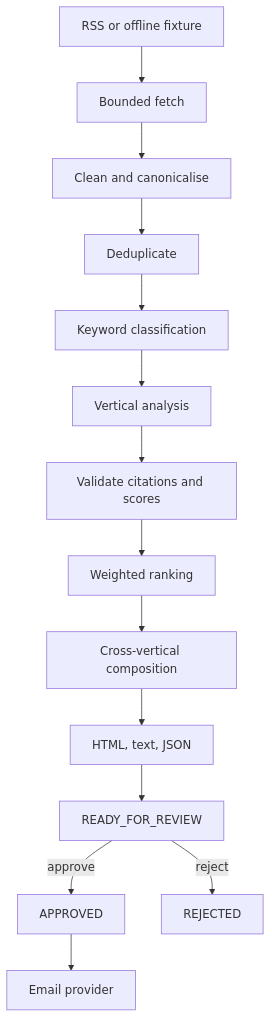
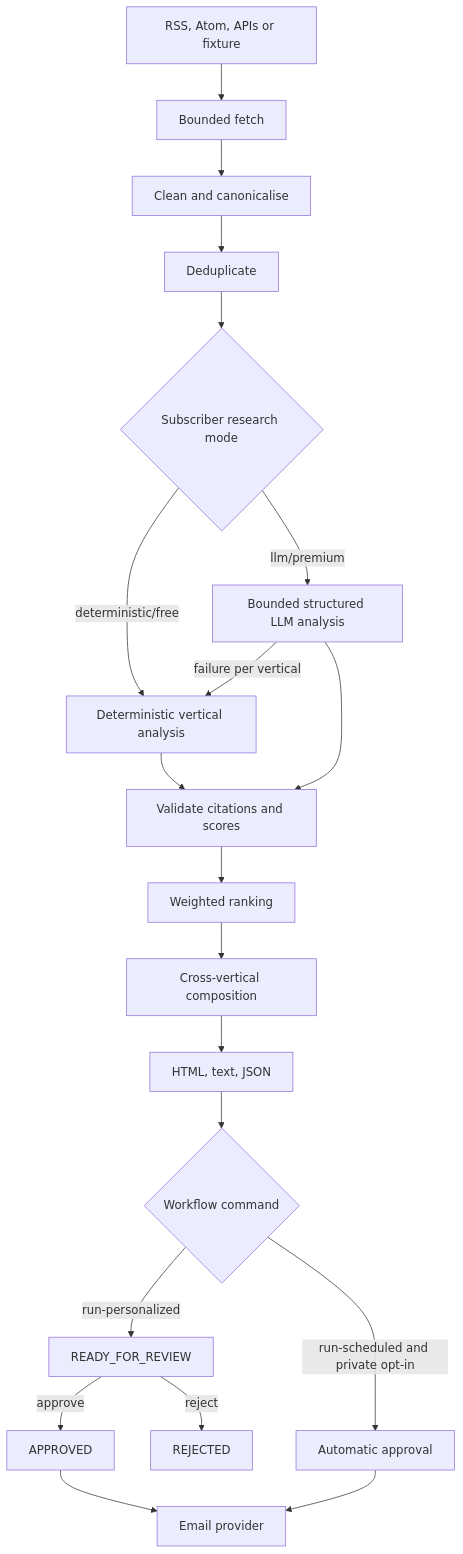
Before and after one commit to Vortenix/vortenix-newsletter: the fourth of 5 diagrams in ARCHITECTURE.md, drawn with Mermaid. The commit also changed other lines of this file and 13 other files, not shown here.

Commit message:
docs: align architecture with current workflows

````diff
--- a/ARCHITECTURE.md
+++ b/ARCHITECTURE.md
@@ -75,16 +82,22 @@
 ```mermaid
 flowchart TD
-  RSS[RSS or offline fixture] --> Fetch[Bounded fetch]
+  RSS[RSS, Atom, APIs or fixture] --> Fetch[Bounded fetch]
   Fetch --> Normalize[Clean and canonicalise]
   Normalize --> Dedup[Deduplicate]
-  Dedup --> Match[Keyword classification]
-  Match --> Analyse[Vertical analysis]
+  Dedup --> Tier{Subscriber research mode}
+  Tier -->|deterministic/free| Analyse[Deterministic vertical analysis]
+  Tier -->|llm/premium| AI[Bounded structured LLM analysis]
+  AI -->|failure per vertical| Analyse
+  AI --> Validate
   Analyse --> Validate[Validate citations and scores]
   Validate --> Rank[Weighted ranking]
   Rank --> Compose[Cross-vertical composition]
   Compose --> Render[HTML, text, JSON]
-  Render --> Review[READY_FOR_REVIEW]
+  Render --> DeliveryMode{Workflow command}
+  DeliveryMode -->|run-personalized| Review[READY_FOR_REVIEW]
+  DeliveryMode -->|run-scheduled and private opt-in| Auto[Automatic approval]
   Review -->|approve| Approved[APPROVED]
   Review -->|reject| Rejected[REJECTED]
   Approved --> Deliver[Email provider]
+  Auto --> Deliver
 ```
````
